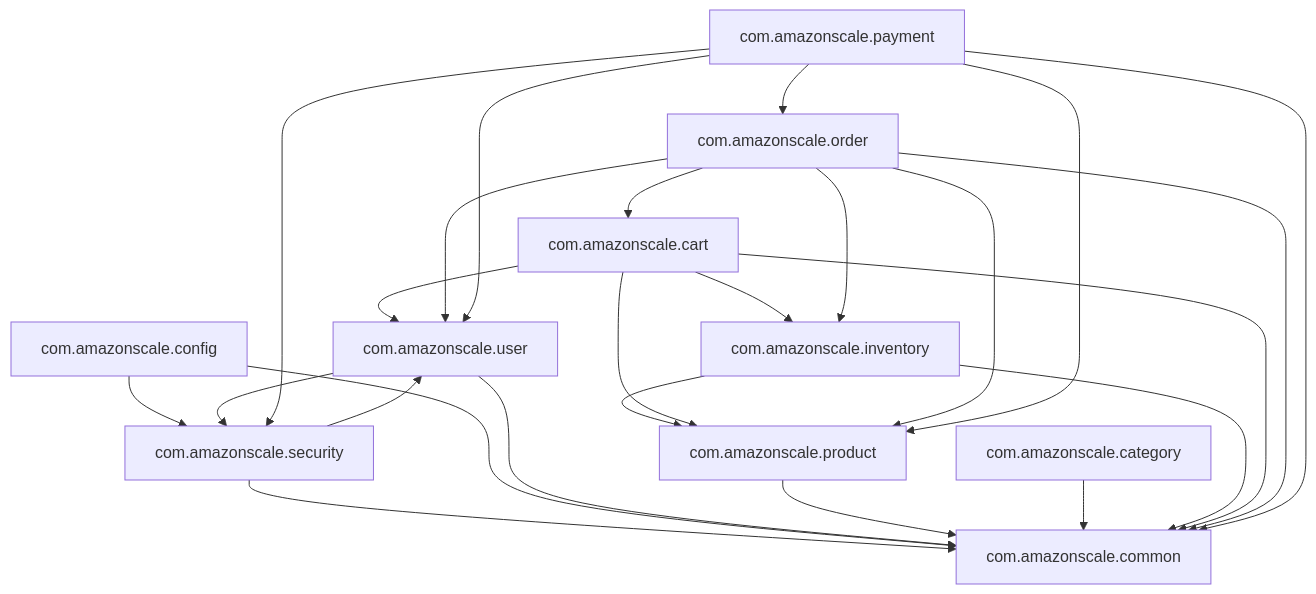
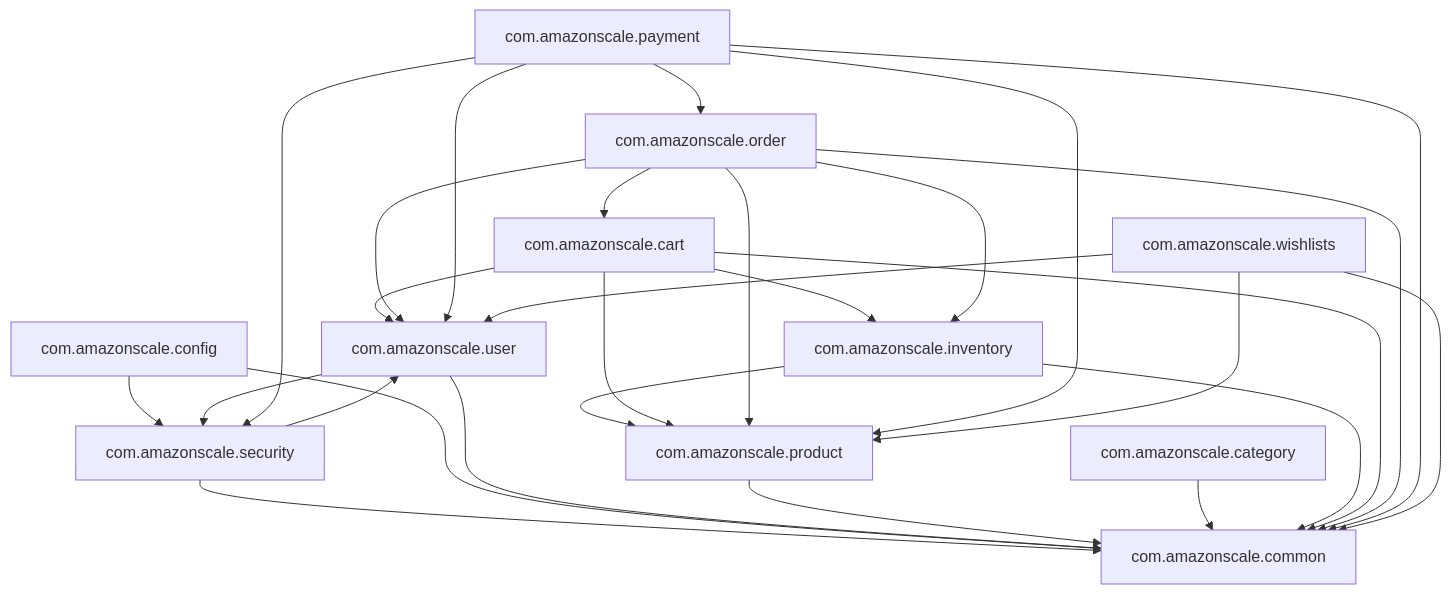
The second of 9 diagrams in docs/Architecture.md (Amitgupta0001/amazon-scale-backend), drawn with Mermaid before and after one commit. The commit also changed other lines of this file and 26 other files, not shown here.

Commit message:
docs: document project architecture, API, security, database, and modules

````diff
--- a/docs/Architecture.md
+++ b/docs/Architecture.md
@@ -119,24 +152,26 @@
 ```mermaid
 graph TD
     UserModule[com.amazonscale.user]
     SecurityModule[com.amazonscale.security]
     CommonModule[com.amazonscale.common]
     ConfigModule[com.amazonscale.config]
     ProductModule[com.amazonscale.product]
     CategoryModule[com.amazonscale.category]
     InventoryModule[com.amazonscale.inventory]
     CartModule[com.amazonscale.cart]
     OrderModule[com.amazonscale.order]
     PaymentModule[com.amazonscale.payment]
+    WishlistModule[com.amazonscale.wishlists]
 
     SecurityModule --> UserModule & CommonModule
     ConfigModule --> SecurityModule & CommonModule
-    
+
     UserModule --> SecurityModule & CommonModule
     ProductModule --> CommonModule
     CategoryModule --> CommonModule
     InventoryModule --> ProductModule & CommonModule
     CartModule --> UserModule & ProductModule & InventoryModule & CommonModule
     OrderModule --> UserModule & CartModule & ProductModule & InventoryModule & CommonModule
     PaymentModule --> OrderModule & ProductModule & UserModule & CommonModule & SecurityModule
+    WishlistModule --> UserModule & ProductModule & CommonModule
 ```
````
